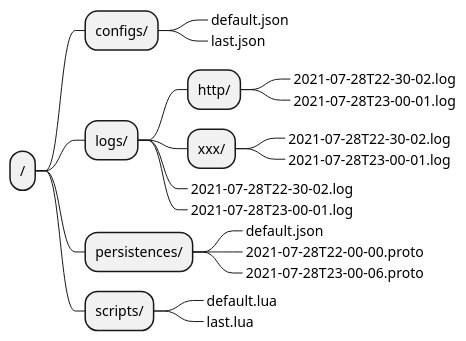
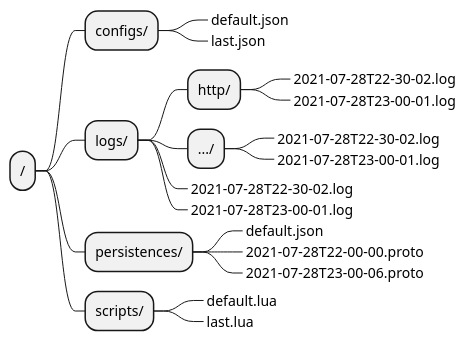
Before and after one commit to liuhongtian/about: the second of 2 diagrams in design/ssd-service.md, drawn with PlantUML.

````diff
--- a/design/ssd-service.md
+++ b/design/ssd-service.md
@@ -30,24 +30,24 @@
 ```plantuml
 @startmindmap
 * /
 ** configs/
 ***_ default.json
 ***_ last.json
 ** logs/
 *** http/
 ****_ 2021-07-28T22-30-02.log
 ****_ 2021-07-28T23-00-01.log
-*** xxx/
+*** .../
 ****_ 2021-07-28T22-30-02.log
 ****_ 2021-07-28T23-00-01.log
 ***_ 2021-07-28T22-30-02.log
 ***_ 2021-07-28T23-00-01.log
 ** persistences/
 ***_ default.json
 ***_ 2021-07-28T22-00-00.proto
 ***_ 2021-07-28T23-00-06.proto
 ** scripts/
 ***_ default.lua
 ***_ last.lua
 @endmindmap
 ```
````
